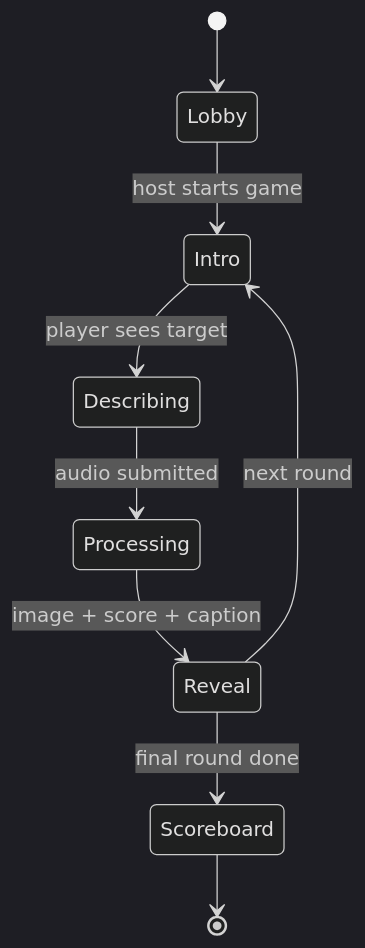
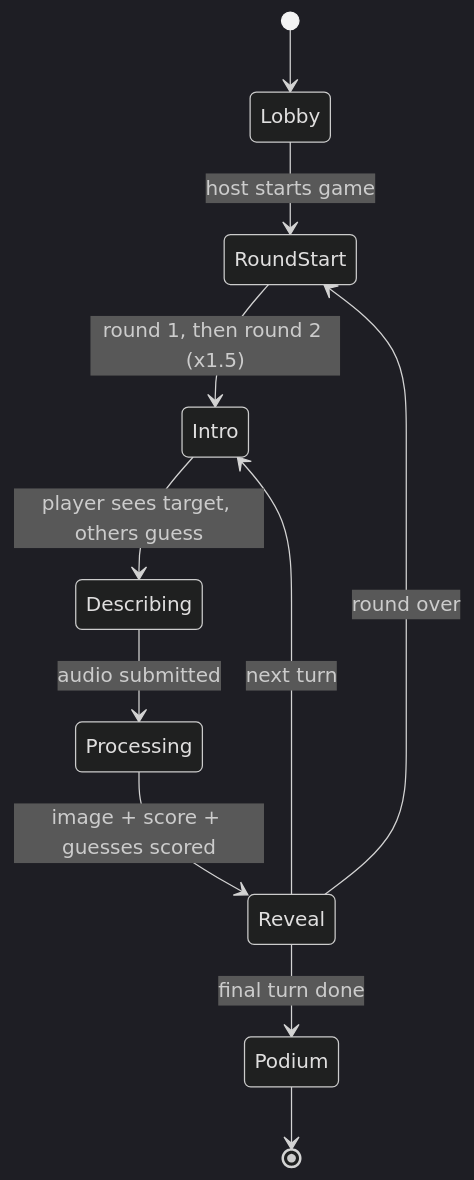
The first of 2 diagrams in README.md (samanglo814/Promptionary), drawn with Mermaid (dark theme) before and after one commit. The commit also changed other lines of this file and 26 other files, not shown here.

First line of the commit message:
Two-round game with spectator guessing and the new points system

````diff
--- a/README.md
+++ b/README.md
@@ -27,11 +35,13 @@
 ```mermaid
 stateDiagram-v2
     [*] --> Lobby
-    Lobby --> Intro: host starts game
-    Intro --> Describing: player sees target
+    Lobby --> RoundStart: host starts game
+    RoundStart --> Intro: round 1, then round 2 (x1.5)
+    Intro --> Describing: player sees target, others guess
     Describing --> Processing: audio submitted
-    Processing --> Reveal: image + score + caption
-    Reveal --> Intro: next round
-    Reveal --> Scoreboard: final round done
-    Scoreboard --> [*]
+    Processing --> Reveal: image + score + guesses scored
+    Reveal --> Intro: next turn
+    Reveal --> RoundStart: round over
+    Reveal --> Podium: final turn done
+    Podium --> [*]
 ```
````
